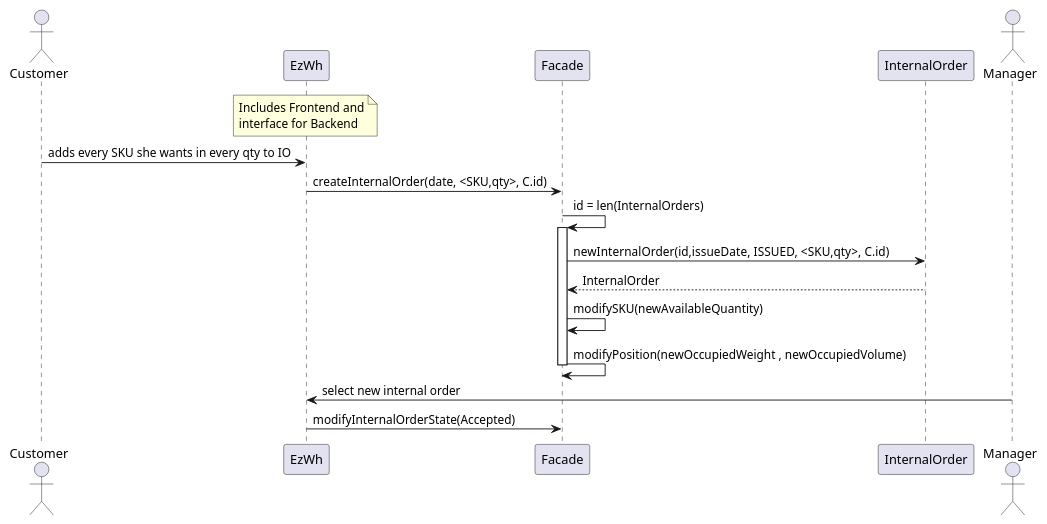
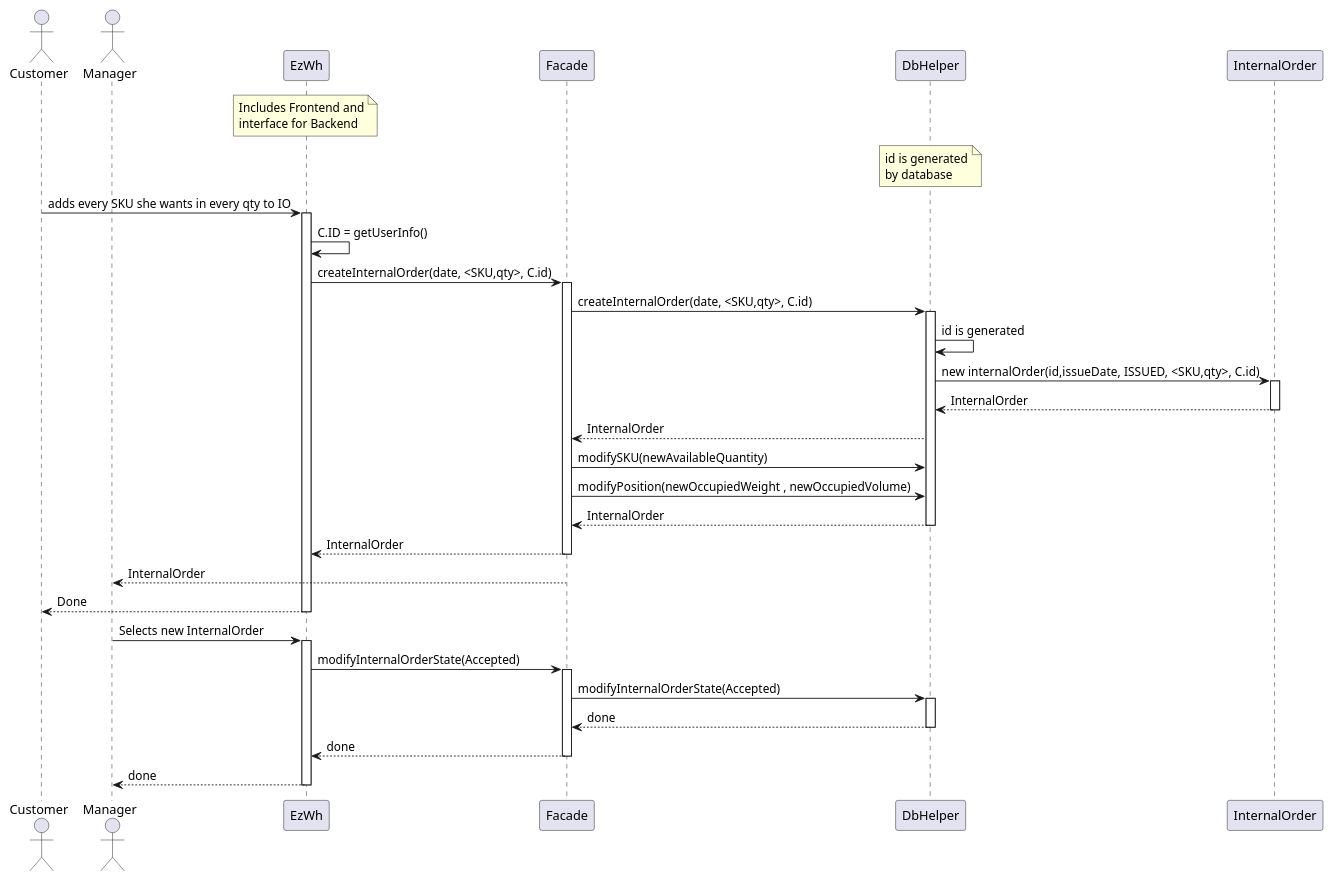
One commit to giuseppe-dandrea/EzWh changed diagram 11 of 14 in DesignDocument.md. Above: the diagram before and after it, drawn with PlantUML. The commit also changed other lines of this file, not shown here.

````diff
--- a/DesignDocument.md
+++ b/DesignDocument.md
@@ -764,20 +763,49 @@
 ```plantuml
 actor Customer
+actor Manager
 participant EzWh
 note over EzWh: Includes Frontend and\ninterface for Backend
+note over DbHelper: id is generated\nby database
 participant Facade
+participant DbHelper
 participant InternalOrder
-actor Manager
+
 
 Customer -> EzWh: adds every SKU she wants in every qty to IO
+activate EzWh
+EzWh ->EzWh : C.ID = getUserInfo()
 EzWh -> Facade: createInternalOrder(date, <SKU,qty>, C.id)
-Facade ->Facade :id = len(InternalOrders)
 activate Facade
-Facade ->InternalOrder: newInternalOrder(id,issueDate, ISSUED,  <SKU,qty>, C.id)
-InternalOrder-->Facade : InternalOrder
-Facade->Facade : modifySKU(newAvailableQuantity)
-Facade->Facade :modifyPosition(newOccupiedWeight , newOccupiedVolume)
+Facade ->DbHelper :createInternalOrder(date, <SKU,qty>, C.id)
+activate DbHelper
+DbHelper -> DbHelper : id is generated
+DbHelper ->InternalOrder: new internalOrder(id,issueDate, ISSUED,  <SKU,qty>, C.id)
+activate InternalOrder
+InternalOrder-->DbHelper : InternalOrder
+deactivate InternalOrder
+DbHelper --> Facade : InternalOrder
+Facade->DbHelper : modifySKU(newAvailableQuantity)
+Facade->DbHelper :modifyPosition(newOccupiedWeight , newOccupiedVolume)
+DbHelper --> Facade : InternalOrder
+deactivate DbHelper
+Facade -->EzWh :InternalOrder
 deactivate Facade
-Manager->EzWh :select new internal order
+Facade -->Manager :InternalOrder
+EzWh --> Customer : Done
+deactivate EzWh
+
+Manager -> EzWh: Selects new InternalOrder
+activate EzWh
 EzWh -> Facade : modifyInternalOrderState(Accepted)
+activate Facade
+Facade->DbHelper : modifyInternalOrderState(Accepted)
+activate DbHelper
+DbHelper --> Facade : done
+deactivate DbHelper
+Facade --> EzWh : done
+deactivate Facade
+EzWh --> Manager : done
+deactivate EzWh
+
+
 ```
````
